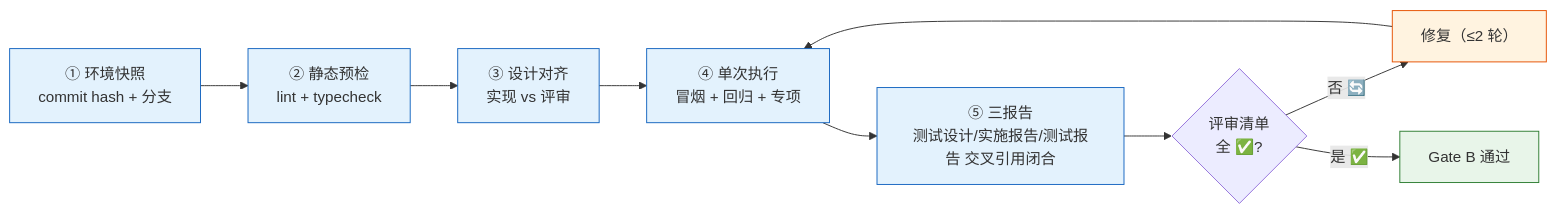
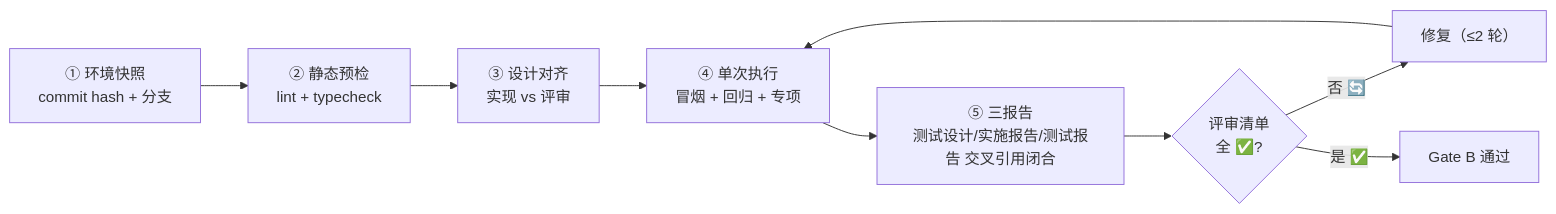
One commit to effiy/YrY changed the seventh of 10 diagrams in rules/code-pipeline.md. Above: the diagram before and after it, drawn with Mermaid. The commit also changed other lines of this file and 61 other files, not shown here.

````diff
--- a/rules/code-pipeline.md
+++ b/rules/code-pipeline.md
@@ -177,15 +158,12 @@
 ```mermaid
 flowchart LR
     S1["① 环境快照<br/>commit hash + 分支"]:::step --> S2["② 静态预检<br/>lint + typecheck"]:::step
     S2 --> S3["③ 设计对齐<br/>实现 vs 评审"]:::step
     S3 --> S4["④ 单次执行<br/>冒烟 + 回归 + 专项"]:::step
     S4 --> S5["⑤ 三报告<br/>测试设计/实施报告/测试报告 交叉引用闭合"]:::step
     S5 --> CHK{"评审清单<br/>全 ✅?"}
     CHK -->|"否 🔄"| FIX["修复（≤2 轮）"]:::fix
     FIX --> S4
     CHK -->|"是 ✅"| PASS["Gate B 通过"]:::pass
 
-    classDef step fill:#e3f2fd,stroke:#1565c0;
-    classDef fix fill:#fff3e0,stroke:#e65100;
-    classDef pass fill:#e8f5e9,stroke:#2e7d32;
 ```
````
